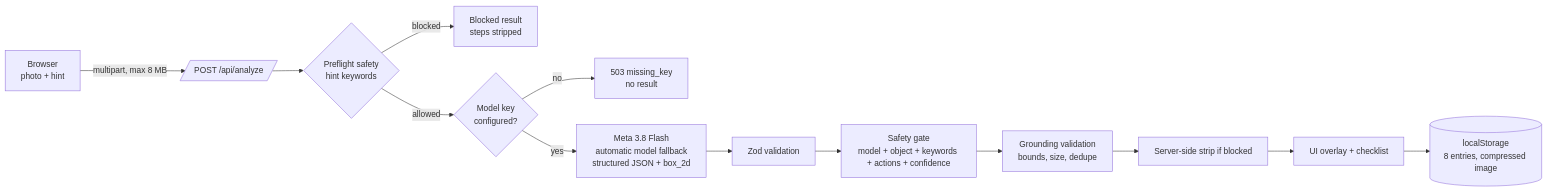
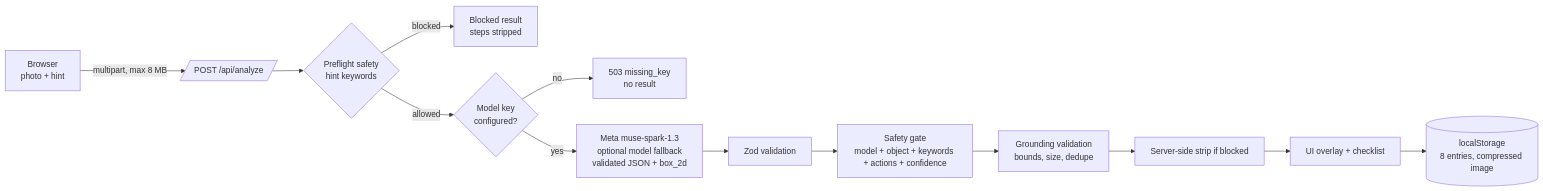
One commit to Dikaaff/manualmate changed the diagram in README.md. Above: the diagram before and after it, drawn with Mermaid. The commit also changed other lines of this file and 6 other files, not shown here.

````diff
--- a/README.md
+++ b/README.md
@@ -59,15 +59,15 @@
 ```mermaid
 flowchart LR
   A[Browser<br/>photo + hint] -->|multipart, max 8 MB| B[/POST /api/analyze/]
   B --> C{Preflight safety<br/>hint keywords}
   C -->|blocked| Z[Blocked result<br/>steps stripped]
   C -->|allowed| D{Model key<br/>configured?}
   D -->|no| E[503 missing_key<br/>no result]
-  D -->|yes| F[Meta 3.8 Flash<br/>automatic model fallback<br/>structured JSON + box_2d]
+  D -->|yes| F[Meta muse-spark-1.3<br/>optional model fallback<br/>validated JSON + box_2d]
   F --> G[Zod validation]
   G --> H[Safety gate<br/>model + object + keywords + actions + confidence]
   H --> I[Grounding validation<br/>bounds, size, dedupe]
   I --> J[Server-side strip if blocked]
   J --> K[UI overlay + checklist]
   K --> L[(localStorage<br/>8 entries, compressed image)]
 ```
````
